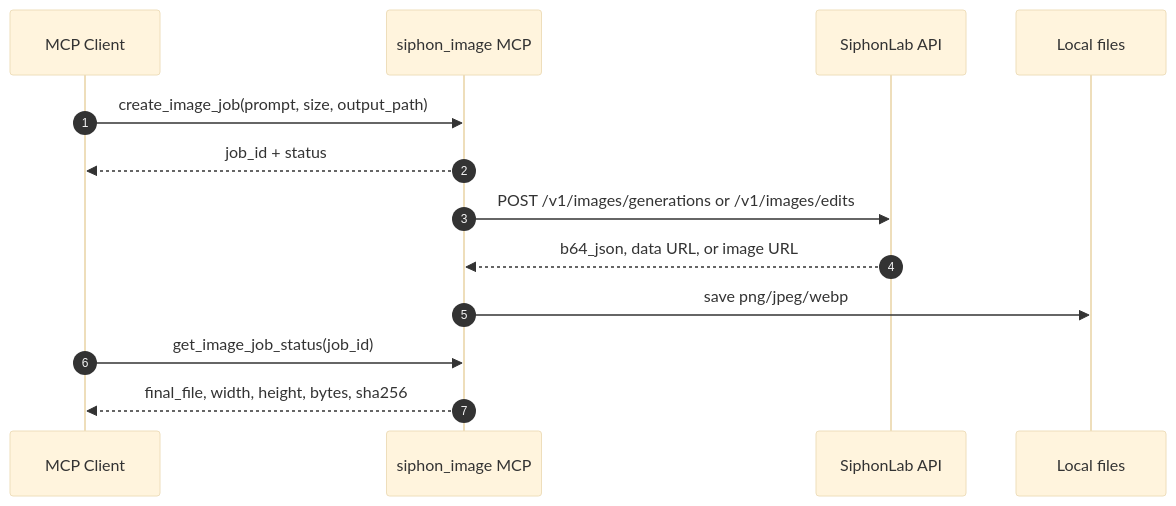
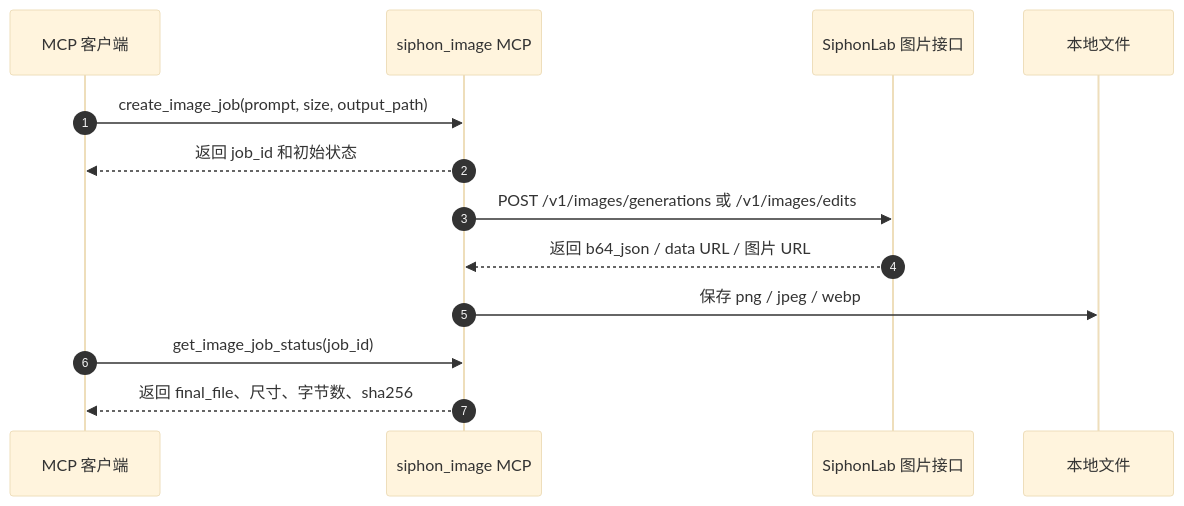
One commit to 2312672395/siphon-image-mcp changed the diagram in README.md. Above: the diagram before and after it, drawn with Mermaid (base theme). The commit also changed other lines of this file and 1 other file, not shown here.

Commit message:
Localize README and diagram to Chinese

````diff
--- a/README.md
+++ b/README.md
@@ -30,16 +30,16 @@
 ```mermaid
 sequenceDiagram
     autonumber
-    participant Agent as MCP Client
+    participant Agent as MCP 客户端
     participant MCP as siphon_image MCP
-    participant API as SiphonLab API
-    participant Disk as Local files
+    participant API as SiphonLab 图片接口
+    participant Disk as 本地文件
 
     Agent->>MCP: create_image_job(prompt, size, output_path)
-    MCP-->>Agent: job_id + status
-    MCP->>API: POST /v1/images/generations or /v1/images/edits
-    API-->>MCP: b64_json, data URL, or image URL
-    MCP->>Disk: save png/jpeg/webp
+    MCP-->>Agent: 返回 job_id 和初始状态
+    MCP->>API: POST /v1/images/generations 或 /v1/images/edits
+    API-->>MCP: 返回 b64_json / data URL / 图片 URL
+    MCP->>Disk: 保存 png / jpeg / webp
     Agent->>MCP: get_image_job_status(job_id)
-    MCP-->>Agent: final_file, width, height, bytes, sha256
+    MCP-->>Agent: 返回 final_file、尺寸、字节数、sha256
 ```
````
